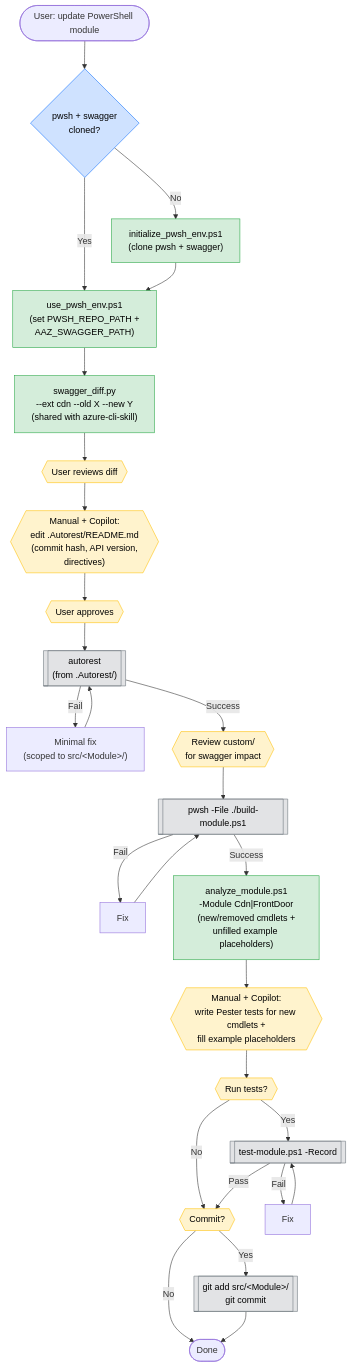
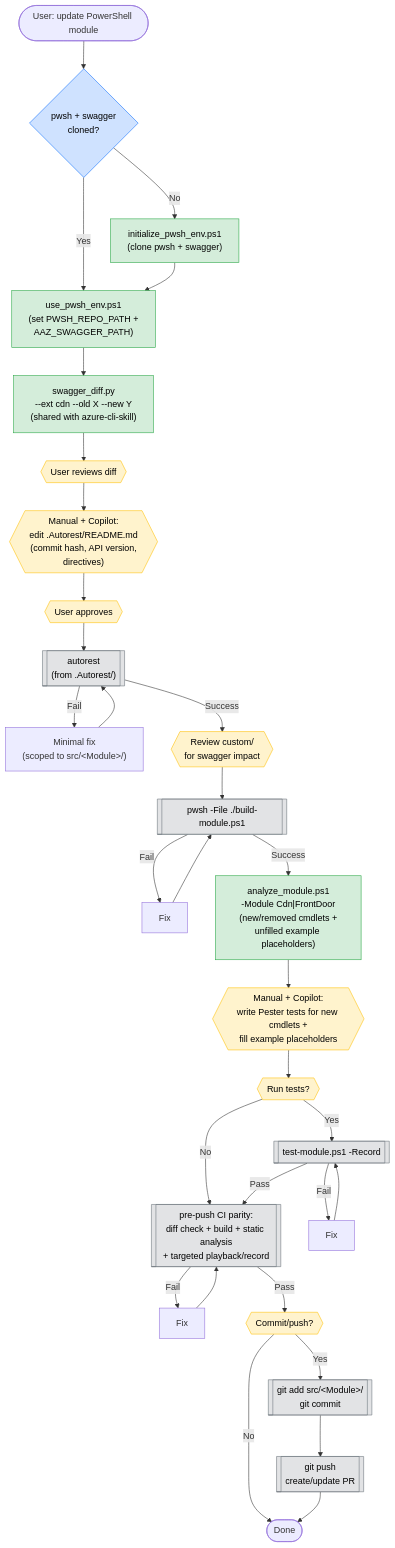
Before and after one commit to Ptnan7/Skills: the diagram in skills/azure-pwsh-skill/references/workflow-diagram.md, drawn with Mermaid. The commit also changed 3 other files, not shown here.

````diff
--- a/skills/azure-pwsh-skill/references/workflow-diagram.md
+++ b/skills/azure-pwsh-skill/references/workflow-diagram.md
@@ -5,42 +5,45 @@
 ```mermaid
 flowchart TD
     Start([User: update PowerShell module]) --> Init{"pwsh + swagger<br/>cloned?"}
     Init -- No --> Bootstrap["initialize_pwsh_env.ps1<br/>(clone pwsh + swagger)"]
     Init -- Yes --> Activate
     Bootstrap --> Activate["use_pwsh_env.ps1<br/>(set PWSH_REPO_PATH +<br/>AAZ_SWAGGER_PATH)"]
 
     Activate --> Diff["swagger_diff.py<br/>--ext cdn --old X --new Y<br/>(shared with azure-cli-skill)"]
     Diff --> Review1{{"User reviews diff"}}
 
     Review1 --> UpdateReadme{{"Manual + Copilot:<br/>edit .Autorest/README.md<br/>(commit hash, API version,<br/>directives)"}}
     UpdateReadme --> Approve1{{"User approves"}}
 
     Approve1 --> AutoRest[["autorest<br/>(from .Autorest/)"]]
     AutoRest -- Fail --> FixGen["Minimal fix<br/>(scoped to src/&lt;Module&gt;/)"]
     FixGen --> AutoRest
     AutoRest -- Success --> ReviewCustom{{"Review custom/<br/>for swagger impact"}}
 
     ReviewCustom --> Build[["pwsh -File ./build-module.ps1"]]
     Build -- Fail --> FixBuild[Fix] --> Build
     Build -- Success --> Analyze["analyze_module.ps1<br/>-Module Cdn|FrontDoor<br/>(new/removed cmdlets +<br/>unfilled example placeholders)"]
 
     Analyze --> NewTests{{"Manual + Copilot:<br/>write Pester tests for new cmdlets +<br/>fill example placeholders"}}
     NewTests --> AskTest{{"Run tests?"}}
     AskTest -- Yes --> RunTest[["test-module.ps1 -Record"]]
-    AskTest -- No --> AskCommit
+    AskTest -- No --> PrePushCI
     RunTest -- Fail --> FixTest[Fix] --> RunTest
-    RunTest -- Pass --> AskCommit{{"Commit?"}}
+    RunTest -- Pass --> PrePushCI[["pre-push CI parity:<br/>diff check + build + static analysis<br/>+ targeted playback/record"]]
+    PrePushCI -- Fail --> FixCI[Fix] --> PrePushCI
+    PrePushCI -- Pass --> AskCommit{{"Commit/push?"}}
 
     AskCommit -- Yes --> Commit[["git add src/&lt;Module&gt;/<br/>git commit"]]
     AskCommit -- No --> End
-    Commit --> End([Done])
+    Commit --> PushPR[["git push<br/>create/update PR"]]
+    PushPR --> End([Done])
 
     classDef script fill:#d4edda,stroke:#28a745,color:#000;
     classDef manual fill:#fff3cd,stroke:#ffc107,color:#000;
     classDef decision fill:#cfe2ff,stroke:#0d6efd,color:#000;
     classDef tool fill:#e2e3e5,stroke:#6c757d,color:#000;
     class Bootstrap,Activate,Diff,Analyze script;
     class Review1,UpdateReadme,Approve1,ReviewCustom,NewTests,AskTest,AskCommit manual;
-    class AutoRest,Build,RunTest,Commit tool;
+    class AutoRest,Build,RunTest,PrePushCI,Commit,PushPR tool;
     class Init decision;
 ```
````
